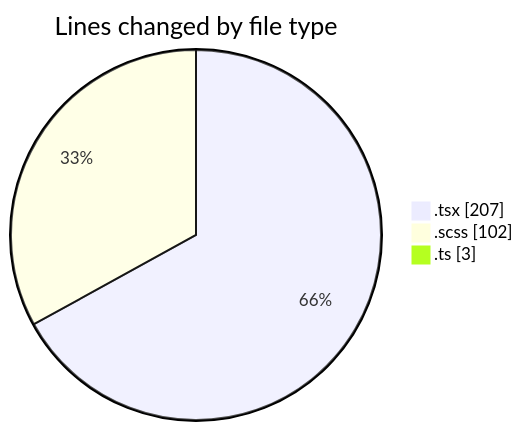
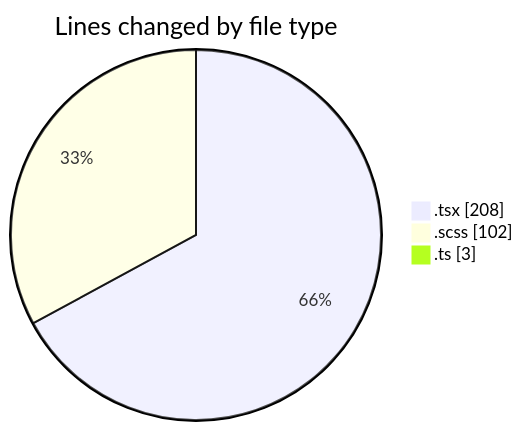
One commit to momahboobian/code-tracking changed the first of 2 diagrams in 2026-10-30/cda/README.md. Above: the diagram before and after it, drawn with Mermaid. The commit also changed other lines of this file and 1 other file, not shown here.

````diff
--- a/2026-10-30/cda/README.md
+++ b/2026-10-30/cda/README.md
@@ -24,7 +24,7 @@
 ```mermaid
 pie showData
 title Lines changed by file type
-".tsx" : 207
+".tsx" : 208
 ".scss" : 102
 ".ts" : 3
 ```
````
